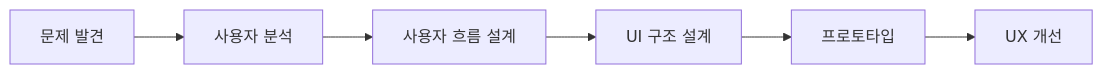
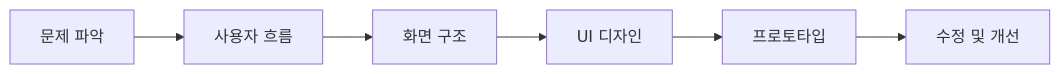
One commit to uiux0718/uiux0718 changed the first of 2 diagrams in README.md. Above: the diagram before and after it, drawn with Mermaid. The commit also changed other lines of this file, not shown here.

````diff
--- a/README.md
+++ b/README.md
@@ -15,9 +23,8 @@
 ```mermaid
 flowchart LR
-
-A[문제 발견] --> B[사용자 분석]
-B --> C[사용자 흐름 설계]
-C --> D[UI 구조 설계]
-D --> E[프로토타입]
-E --> F[UX 개선]
+    A[문제 파악] --> B[사용자 흐름]
+    B --> C[화면 구조]
+    C --> D[UI 디자인]
+    D --> E[프로토타입]
+    E --> F[수정 및 개선]
 ```
````
